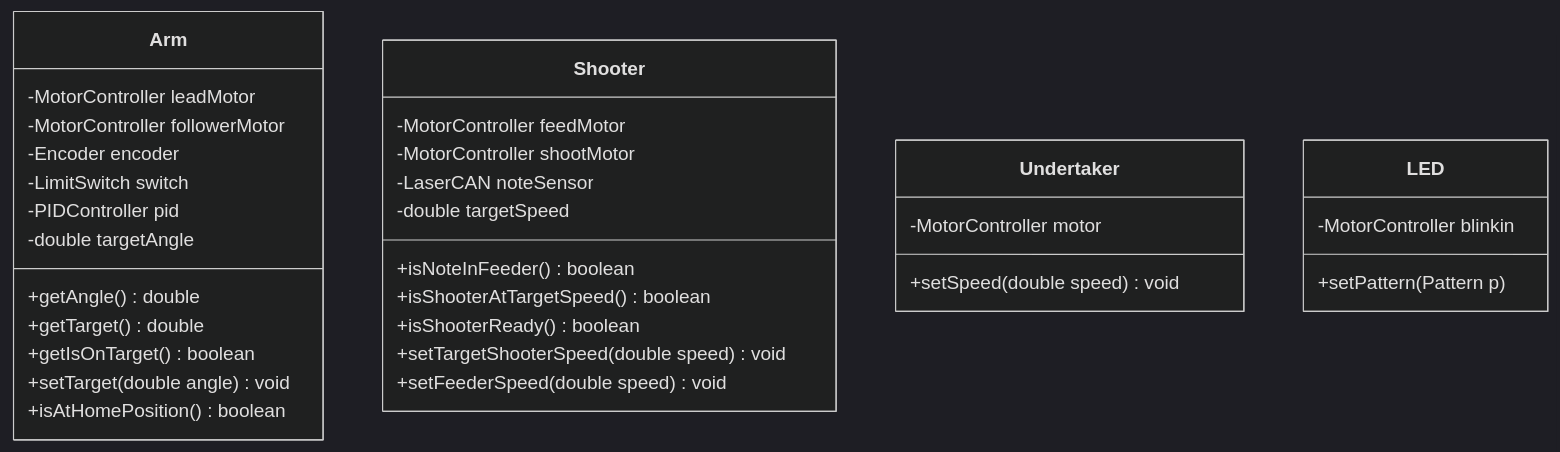
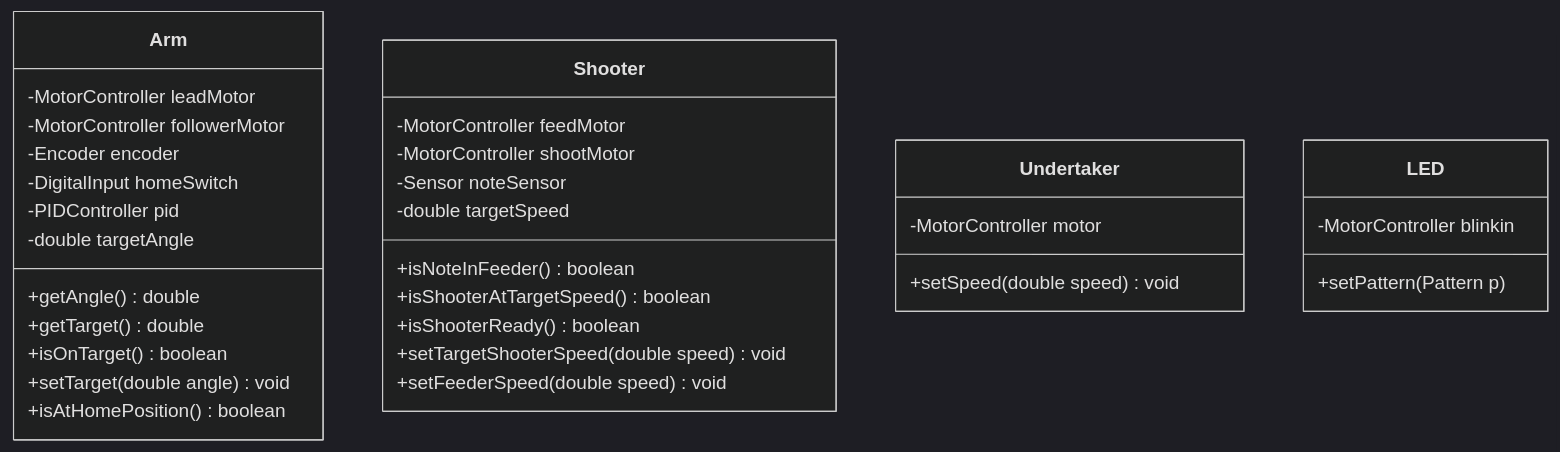
One commit to frc1675/frc1675-2024-general changed the diagram in design/V1/class-diagram.md. Above: the diagram before and after it, drawn with Mermaid (dark theme).

Commit message:
Code review changes

````diff
--- a/design/V1/class-diagram.md
+++ b/design/V1/class-diagram.md
@@ -1,46 +1,46 @@
 ```mermaid
 
 classDiagram
 
     class Arm {
         -MotorController leadMotor
         -MotorController followerMotor
         -Encoder encoder
-        -LimitSwitch switch
+        -DigitalInput homeSwitch
         -PIDController pid
         -double targetAngle
 
         +getAngle() double
         +getTarget() double
-        +getIsOnTarget() boolean
+        +isOnTarget() boolean
         +setTarget(double angle) void
         +isAtHomePosition() boolean
     }
 
     class Shooter {
         -MotorController feedMotor
         -MotorController shootMotor
-        -LaserCAN noteSensor
+        -Sensor noteSensor
         -double targetSpeed
 
         +isNoteInFeeder() boolean
         +isShooterAtTargetSpeed() boolean
         +isShooterReady() boolean
 
         +setTargetShooterSpeed(double speed) void
         +setFeederSpeed(double speed) void
     }
 
     class Undertaker {
         -MotorController motor
 
         +setSpeed(double speed) void
     }
 
     class LED {
         -MotorController blinkin
 
         +setPattern(Pattern p)
     }
 
 ```
````
